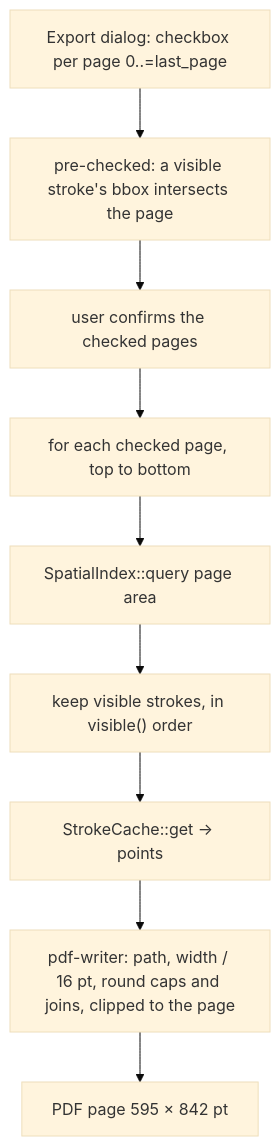
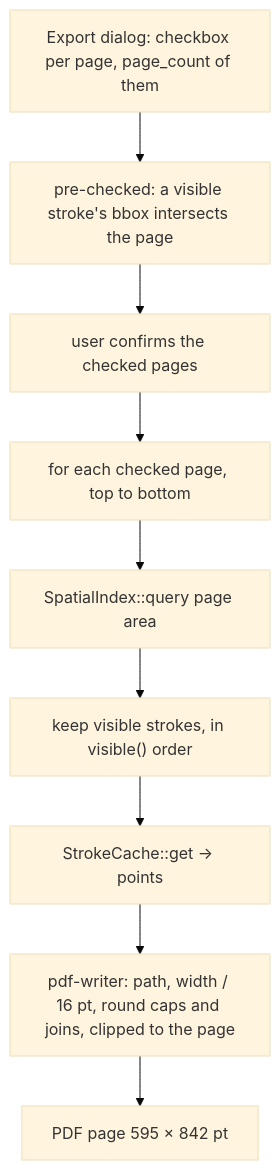
The second of 2 diagrams in docs/features/pages-pdf/spec.md (Student-Team-Projects/Most-Overkilled-Whiteboard-for-ArchLinux), drawn with Mermaid (base theme) before and after one commit. The commit also changed other lines of this file and 3 other files, not shown here.

Commit message:
G25: page_count instead of last_page; AddPage carries a count

````diff
--- a/docs/features/pages-pdf/spec.md
+++ b/docs/features/pages-pdf/spec.md
@@ -30,11 +30,11 @@
 ```mermaid
 flowchart TD
-    dialog["Export dialog: checkbox per page 0..=last_page"] --> pre["pre-checked: a visible stroke's bbox intersects the page"]
+    dialog["Export dialog: checkbox per page, page_count of them"] --> pre["pre-checked: a visible stroke's bbox intersects the page"]
     pre --> pick["user confirms the checked pages"]
     pick --> page["for each checked page, top to bottom"]
     page --> q["SpatialIndex::query page area"]
     q --> vis["keep visible strokes, in visible() order"]
     vis --> get["StrokeCache::get → points"]
     get --> path["pdf-writer: path, width / 16 pt, round caps and joins, clipped to the page"]
     path --> file["PDF page 595 × 842 pt"]
 ```
````
